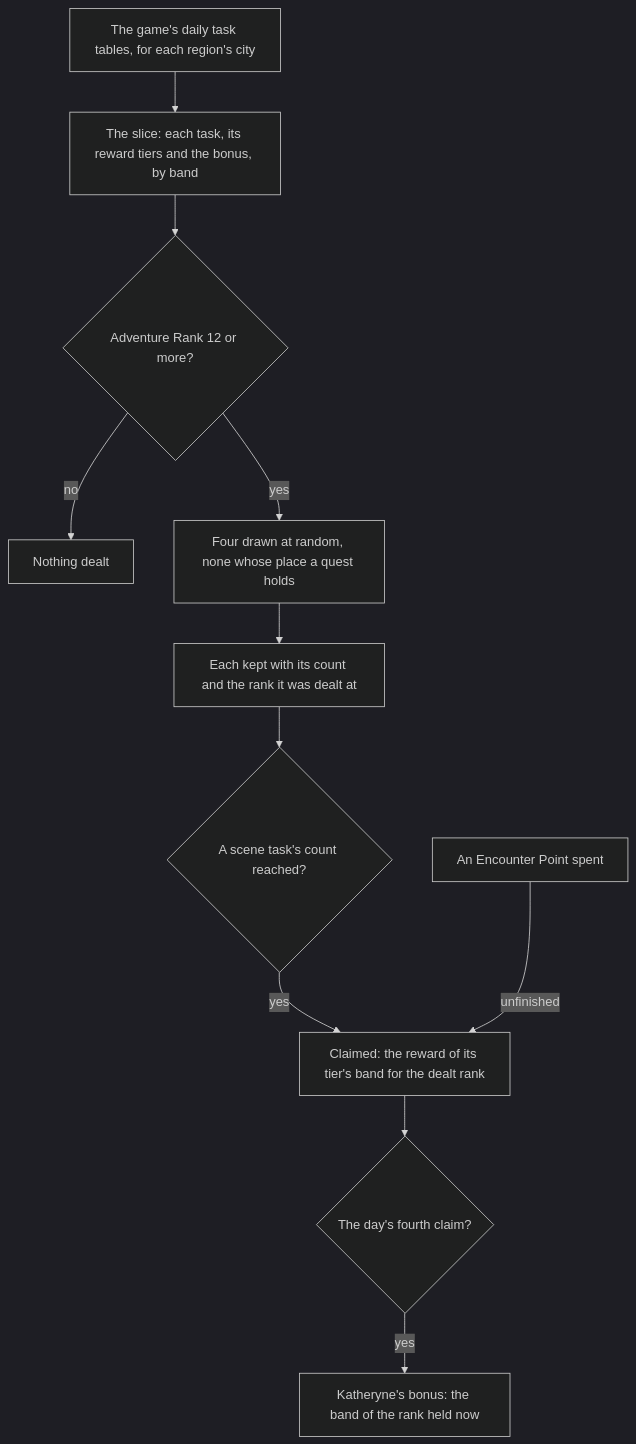
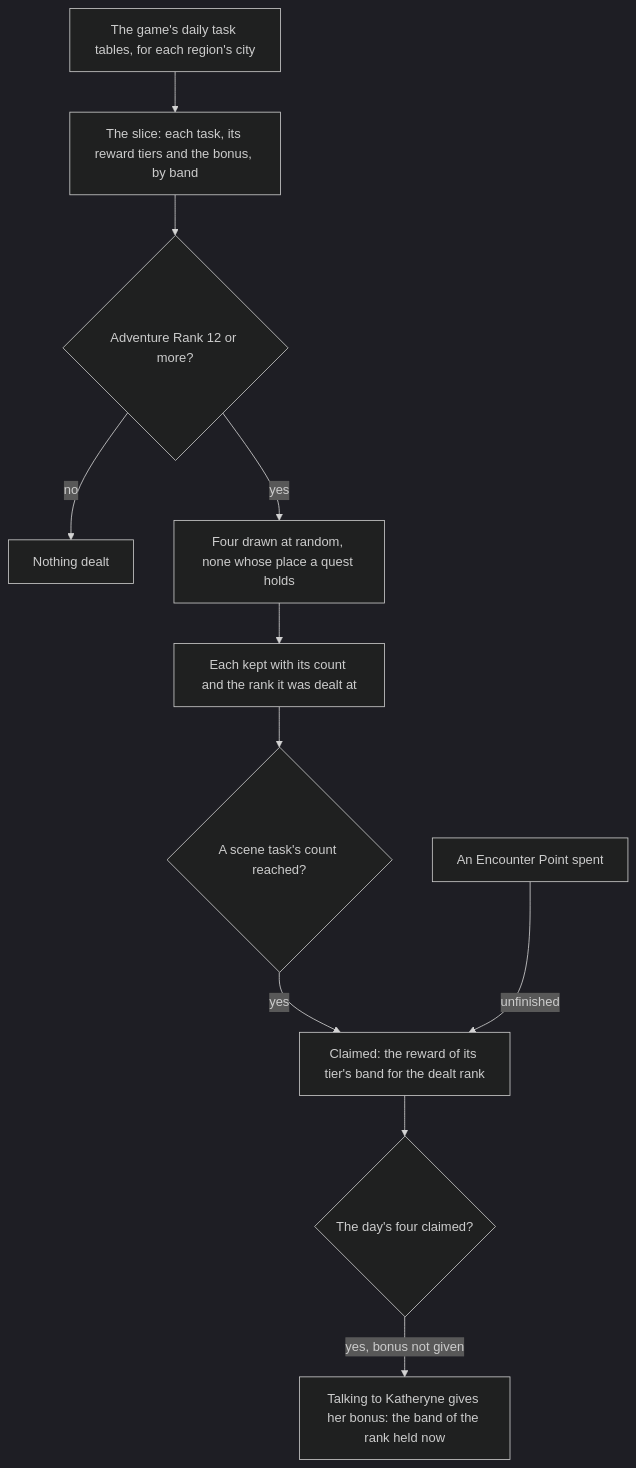
Before and after one commit to Esposter/Esposter: the diagram in openspec/specs/genshin/commissions/design.md, drawn with Mermaid (dark theme). The commit also changed other lines of this file and 29 other files, not shown here.

````diff
--- a/openspec/specs/genshin/commissions/design.md
+++ b/openspec/specs/genshin/commissions/design.md
@@ -7,13 +7,13 @@
 ```mermaid
 flowchart TD
   T["The game's daily task tables, for each region's city"] --> S["The slice: each task, its reward tiers and the bonus, by band"]
   S --> RANK{"Adventure Rank 12 or more?"}
   RANK -->|"no"| NONE["Nothing dealt"]
   RANK -->|"yes"| DEAL["Four drawn at random, none whose place a quest holds"]
   DEAL --> KEPT["Each kept with its count and the rank it was dealt at"]
   KEPT --> FIN{"A scene task's count reached?"}
   FIN -->|"yes"| CLAIM["Claimed: the reward of its tier's band for the dealt rank"]
   POINT["An Encounter Point spent"] -->|"unfinished"| CLAIM
-  CLAIM --> FOURTH{"The day's fourth claim?"}
-  FOURTH -->|"yes"| BONUS["Katheryne's bonus: the band of the rank held now"]
+  CLAIM --> FOURTH{"The day's four claimed?"}
+  FOURTH -->|"yes, bonus not given"| BONUS["Talking to Katheryne gives her bonus: the band of the rank held now"]
 ```
````
